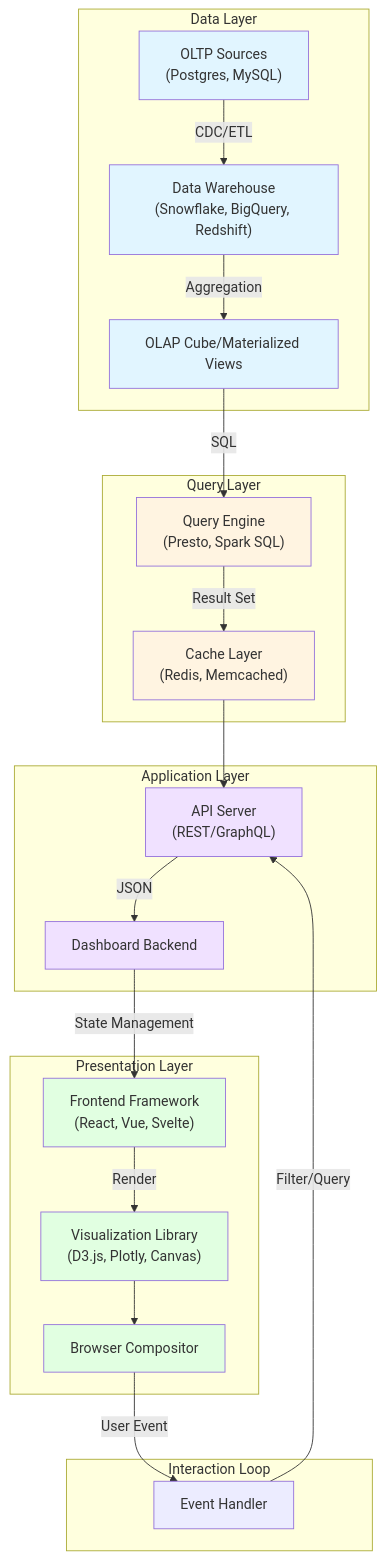
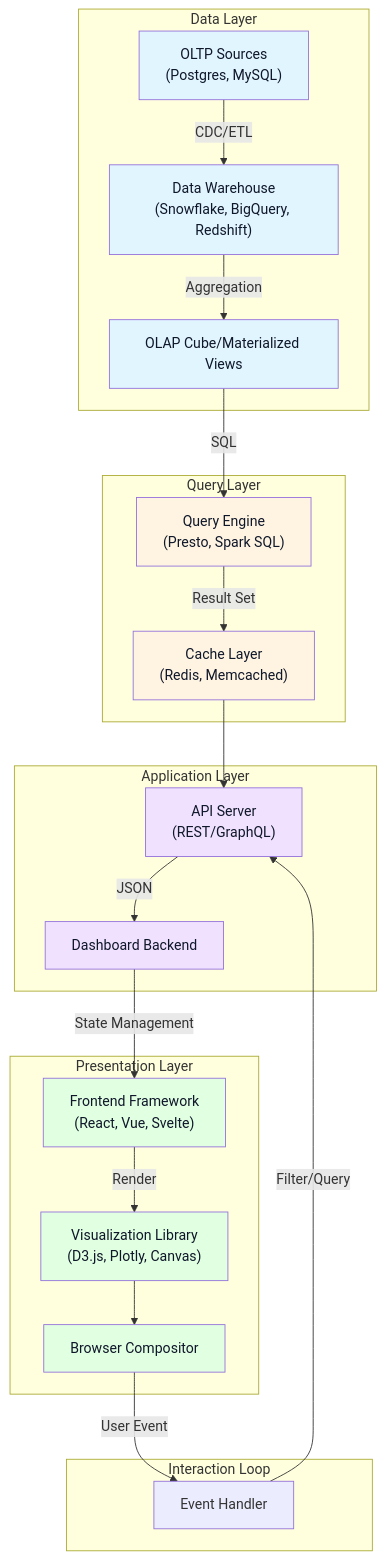
Before and after one commit to blebleblee/synapse: the diagram in topics/computing/data/data_visualisation/lesson_02_dashboard_design_principles.md, drawn with Mermaid. The commit also changed other lines of this file and 1464 other files, not shown here.

Commit message:
feat(release): curriculum vector mermaid upgrade, render hardening, and master synpack

````diff
--- a/topics/computing/data/data_visualisation/lesson_02_dashboard_design_principles.md
+++ b/topics/computing/data/data_visualisation/lesson_02_dashboard_design_principles.md
@@ -53,39 +53,39 @@
 ```mermaid
 graph TB
     subgraph sub_data_layer ["Data Layer"]
         A["OLTP Sources<br/>(Postgres, MySQL)"] -->|"CDC/ETL"| B["Data Warehouse<br/>(Snowflake, BigQuery, Redshift)"]
         B -->|Aggregation| C["OLAP Cube/Materialized Views"]
     end
     
     subgraph sub_query_layer ["Query Layer"]
         C -->|SQL| D["Query Engine<br/>(Presto, Spark SQL)"]
         D -->|"Result Set"| E["Cache Layer<br/>(Redis, Memcached)"]
     end
     
     subgraph sub_application_layer ["Application Layer"]
         E --> F["API Server<br/>(REST/GraphQL)"]
         F -->|JSON| G["Dashboard Backend"]
     end
     
     subgraph sub_presentation_layer ["Presentation Layer"]
         G -->|"State Management"| H["Frontend Framework<br/>(React, Vue, Svelte)"]
         H -->|Render| I["Visualization Library<br/>(D3.js, Plotly, Canvas)"]
         I --> J["Browser Compositor"]
     end
     
     subgraph sub_interaction_loop ["Interaction Loop"]
         J -->|"User Event"| K["Event Handler"]
         K -->|"Filter/Query"| F
     end
     
-    style A fill:#e1f5ff
-    style B fill:#e1f5ff
-    style C fill:#e1f5ff
-    style D fill:#fff4e1
-    style E fill:#fff4e1
-    style F fill:#f0e1ff
-    style G fill:#f0e1ff
-    style H fill:#e1ffe1
-    style I fill:#e1ffe1
-    style J fill:#e1ffe1
+    style A fill:#e1f5ff,color:#0f172a
+    style B fill:#e1f5ff,color:#0f172a
+    style C fill:#e1f5ff,color:#0f172a
+    style D fill:#fff4e1,color:#0f172a
+    style E fill:#fff4e1,color:#0f172a
+    style F fill:#f0e1ff,color:#0f172a
+    style G fill:#f0e1ff,color:#0f172a
+    style H fill:#e1ffe1,color:#0f172a
+    style I fill:#e1ffe1,color:#0f172a
+    style J fill:#e1ffe1,color:#0f172a
 ```
````
